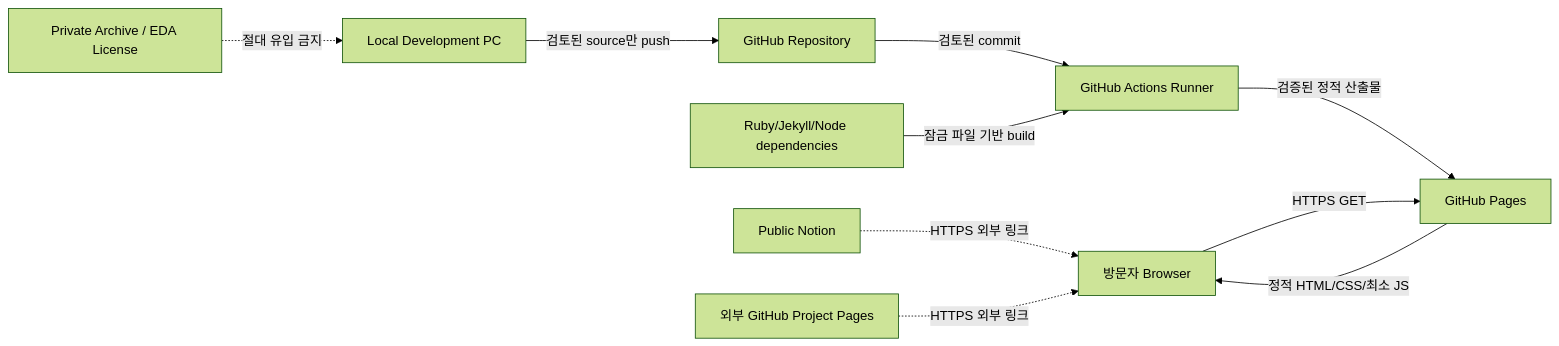
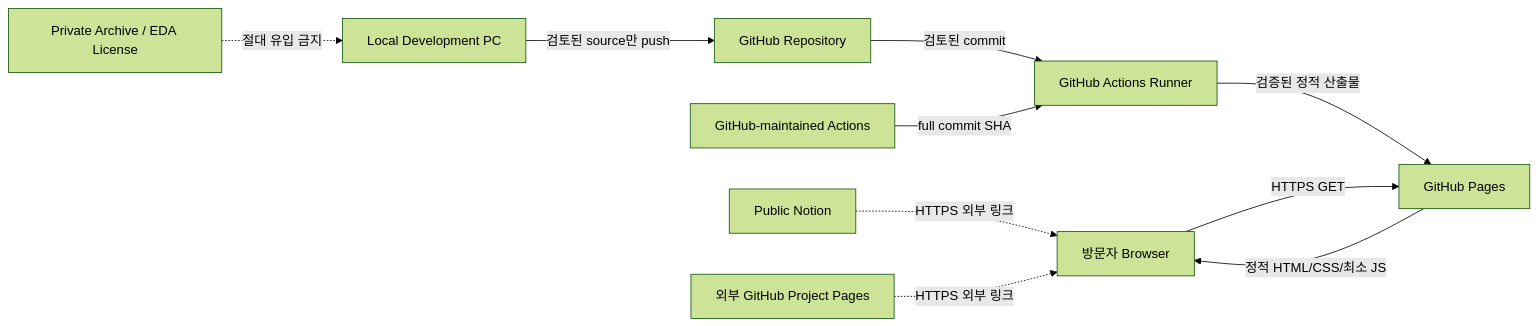
Before and after one commit to Dororok9061/dororok9061.github.io: the diagram in docs/security/SECURITY_ARCHITECTURE.md, drawn with Mermaid (forest theme). The commit also changed other lines of this file and 5 other files, not shown here.

````diff
--- a/docs/security/SECURITY_ARCHITECTURE.md
+++ b/docs/security/SECURITY_ARCHITECTURE.md
@@ -14,12 +15,12 @@
 ```mermaid
 flowchart LR
   V["방문자 Browser"] -->|"HTTPS GET"| P["GitHub Pages"]
   P -->|"정적 HTML/CSS/최소 JS"| V
   R["GitHub Repository"] -->|"검토된 commit"| A["GitHub Actions Runner"]
   A -->|"검증된 정적 산출물"| P
-  D["Ruby/Jekyll/Node dependencies"] -->|"잠금 파일 기반 build"| A
+  D["GitHub-maintained Actions"] -->|"full commit SHA"| A
   N["Public Notion"] -. "HTTPS 외부 링크" .-> V
   G["외부 GitHub Project Pages"] -. "HTTPS 외부 링크" .-> V
   L["Local Development PC"] -->|"검토된 source만 push"| R
   Q["Private Archive / EDA License"] -. "절대 유입 금지" .-> L
 ```
````
